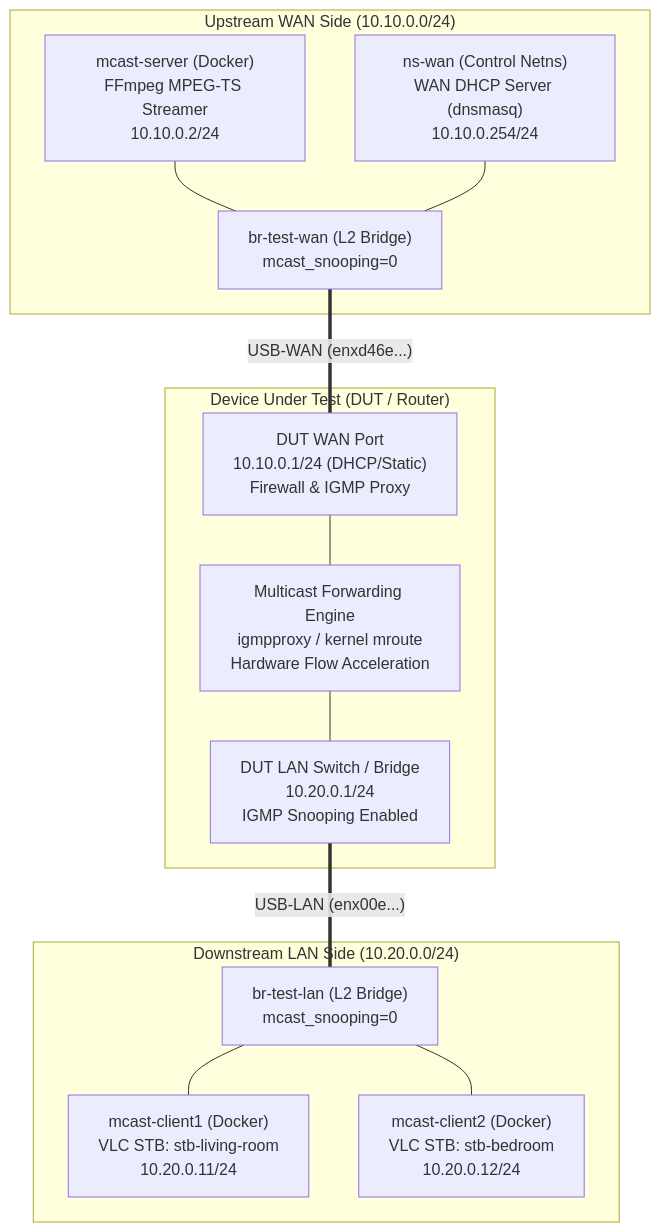
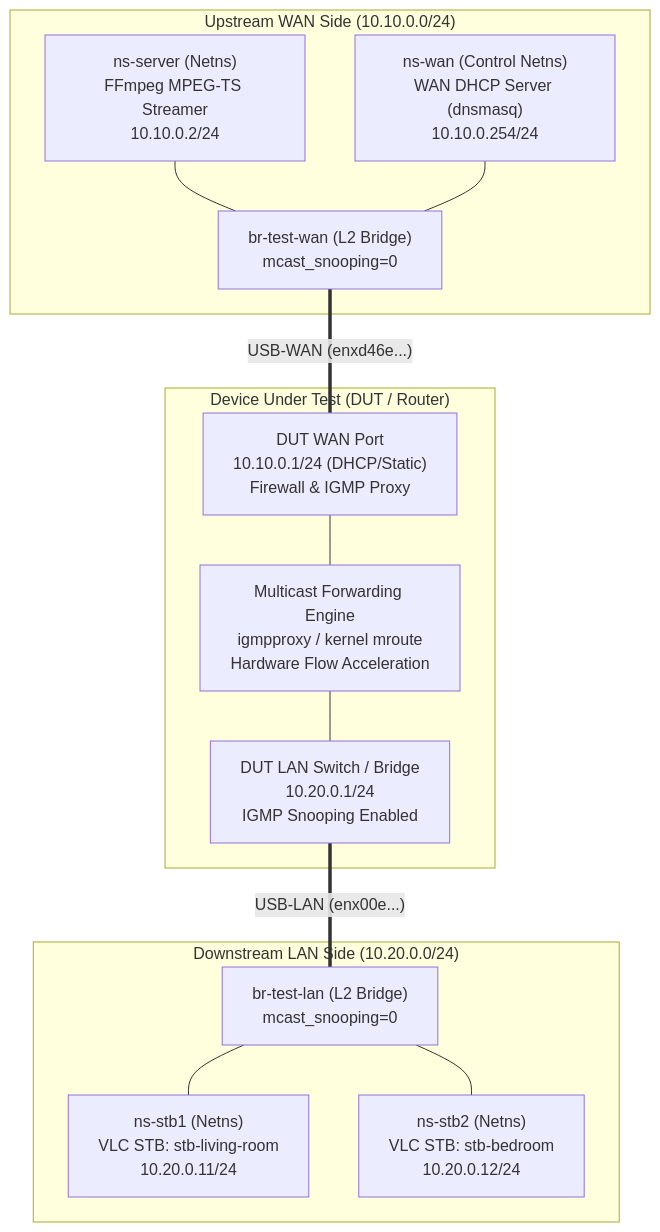
Before and after one commit to dddat101/iptv_multicast_integration_lab: the first of 3 diagrams in README.md, drawn with Mermaid. The commit also changed other lines of this file and 29 other files, not shown here.

````diff
--- a/README.md
+++ b/README.md
@@ -28,28 +28,28 @@
 ```mermaid
 flowchart TD
     subgraph WAN_Side["Upstream WAN Side (10.10.0.0/24)"]
-        SRV["mcast-server (Docker)\nFFmpeg MPEG-TS Streamer\n10.10.0.2/24"]
+        SRV["ns-server (Netns)\nFFmpeg MPEG-TS Streamer\n10.10.0.2/24"]
         CTL["ns-wan (Control Netns)\nWAN DHCP Server (dnsmasq)\n10.10.0.254/24"]
         BR_WAN["br-test-wan (L2 Bridge)\nmcast_snooping=0"]
         SRV --- BR_WAN
         CTL --- BR_WAN
     end
 
     subgraph DUT["Device Under Test (DUT / Router)"]
         DUT_WAN["DUT WAN Port\n10.10.0.1/24 (DHCP/Static)\nFirewall & IGMP Proxy"]
         DUT_CORE["Multicast Forwarding Engine\nigmpproxy / kernel mroute\nHardware Flow Acceleration"]
         DUT_LAN["DUT LAN Switch / Bridge\n10.20.0.1/24\nIGMP Snooping Enabled"]
         DUT_WAN --- DUT_CORE --- DUT_LAN
     end
 
     subgraph LAN_Side["Downstream LAN Side (10.20.0.0/24)"]
         BR_LAN["br-test-lan (L2 Bridge)\nmcast_snooping=0"]
-        C1["mcast-client1 (Docker)\nVLC STB: stb-living-room\n10.20.0.11/24"]
-        C2["mcast-client2 (Docker)\nVLC STB: stb-bedroom\n10.20.0.12/24"]
+        C1["ns-stb1 (Netns)\nVLC STB: stb-living-room\n10.20.0.11/24"]
+        C2["ns-stb2 (Netns)\nVLC STB: stb-bedroom\n10.20.0.12/24"]
         BR_LAN --- C1
         BR_LAN --- C2
     end
 
     BR_WAN ===|"USB-WAN (enxd46e...)"| DUT_WAN
     DUT_LAN ===|"USB-LAN (enx00e...)"| BR_LAN
 ```
````
